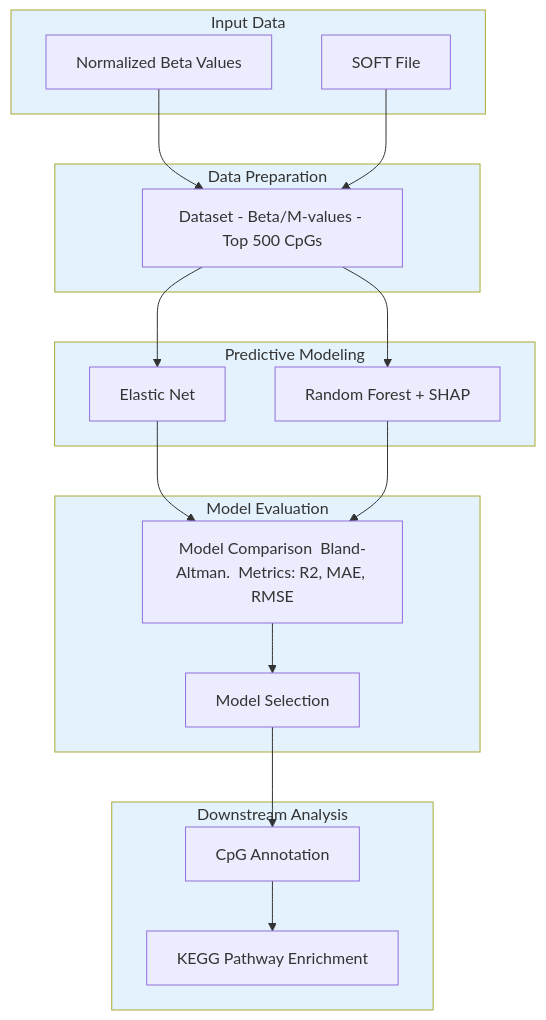
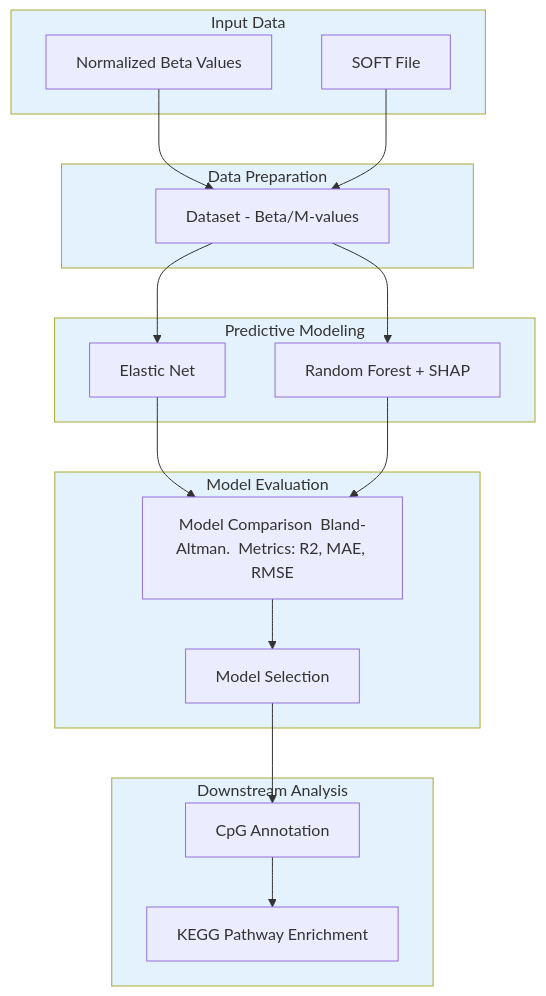
The diagram in README.md (Magal88/BINF7700_Capstone_Eisik_Magali), drawn with Mermaid before and after one commit.

Commit message:
Update dataset description in README

````diff
--- a/README.md
+++ b/README.md
@@ -10,42 +10,42 @@
 ```mermaid
 flowchart TD
     subgraph Input ["Input Data"]
         A[Normalized Beta Values]
         B[SOFT File ]
     end
 
     subgraph Prep ["Data Preparation"]
-        C[Dataset - Beta/M-values - Top 500 CpGs]
+        C[Dataset - Beta/M-values ]
     end
 
     subgraph Modeling ["Predictive Modeling"]
         D[Elastic Net]
         E[Random Forest + SHAP]
     end
 
     subgraph Evaluation ["Model Evaluation"]
         F[Model Comparison  Bland-Altman.  Metrics: R2, MAE, RMSE]
         G[Model Selection]
     end
 
     subgraph Analysis ["Downstream Analysis"]
         H[CpG Annotation]
         I[KEGG Pathway Enrichment]
     end
 
     A --> C
     B --> C
     C --> D
     C --> E
     D --> F
     E --> F
     F --> G
     G --> H
     H --> I
 
     style Input fill:#e3f2fd
     style Prep fill:#e3f2fd
     style Modeling fill:#e3f2fd
     style Evaluation fill:#e3f2fd
     style Analysis fill:#e3f2fd
 ```
````
